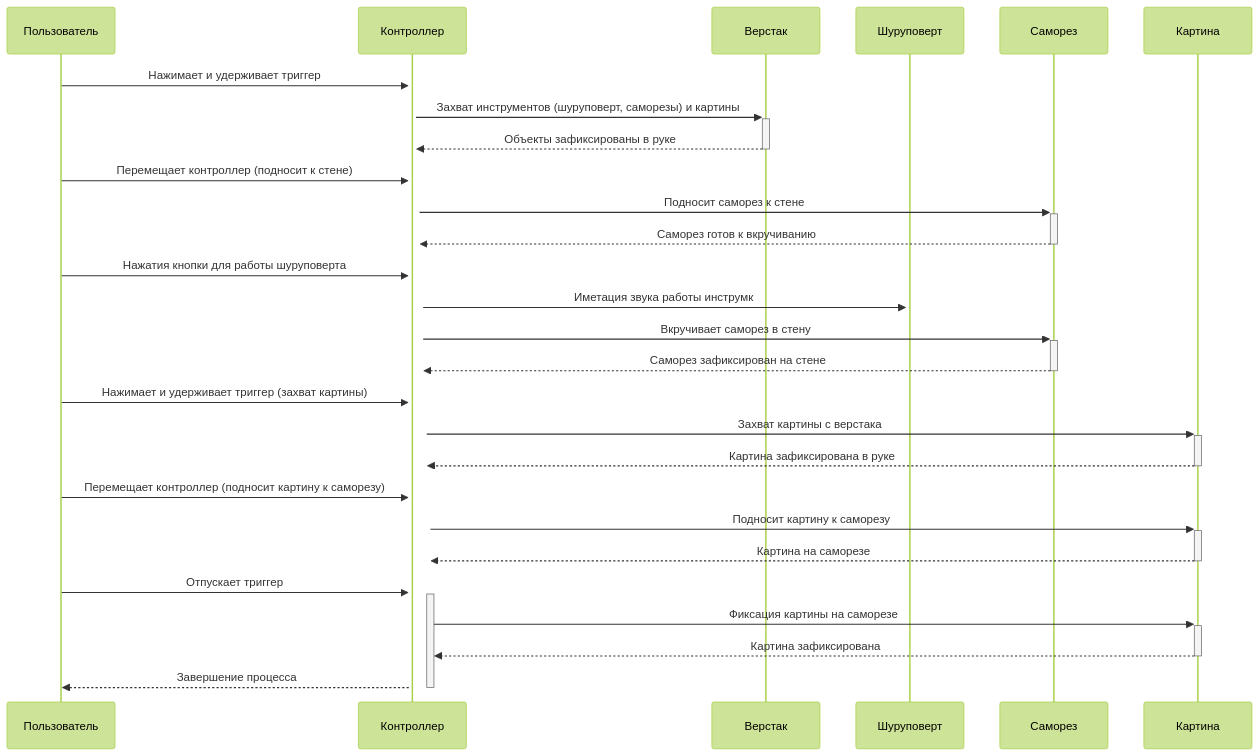
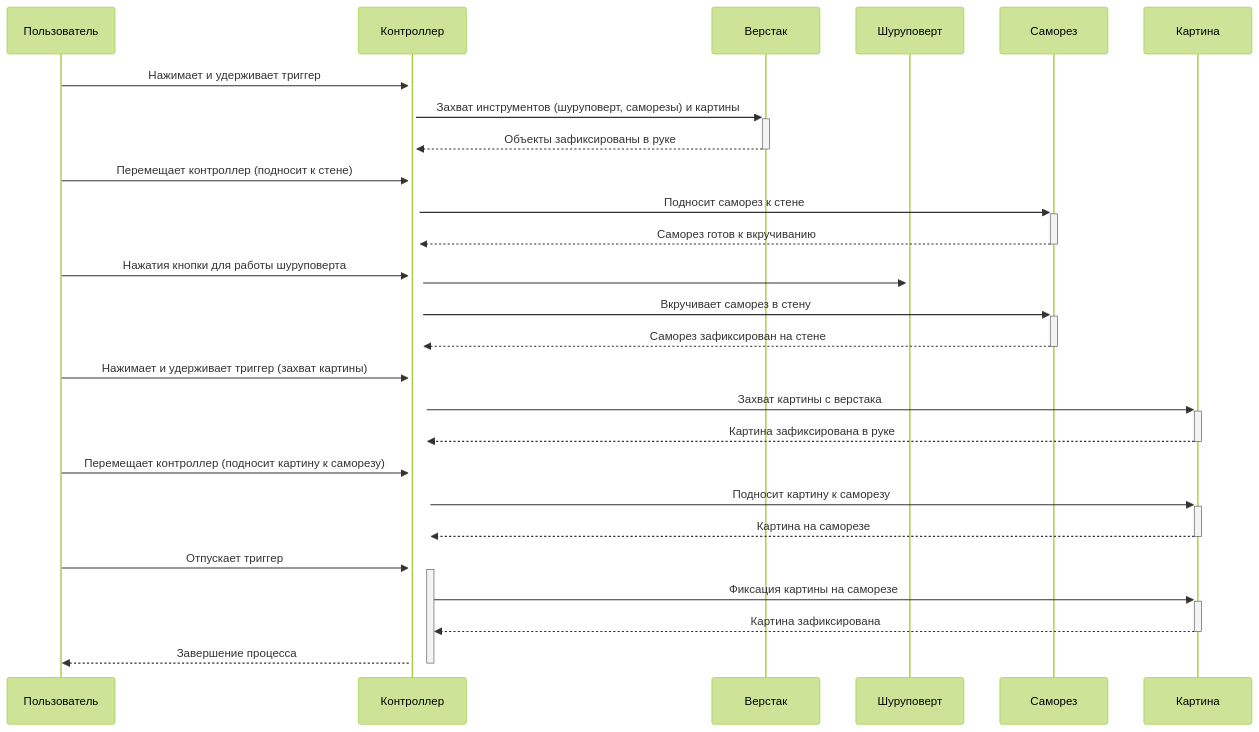
One commit to NerdyCep/iodraw-files changed the diagram in all/не называться-1.md. Above: the diagram before and after it, drawn with Mermaid (forest theme).

Commit message:
2025-02-25 18:27:23 update

````diff
--- a/all/не называться-1.md
+++ b/all/не называться-1.md
@@ -1,31 +1,31 @@
 ```mermaid
 sequenceDiagram
     participant Пользователь
     participant Контроллер
     participant Верстак
     participant Шуруповерт
     participant Саморез
     participant Картина
     
 
     Пользователь->>+Контроллер: Нажимает и удерживает триггер
     Контроллер->>+Верстак: Захват инструментов (шуруповерт, саморезы) и картины
     Верстак-->>-Контроллер: Объекты зафиксированы в руке
     Пользователь->>+Контроллер: Перемещает контроллер (подносит к стене)
     Контроллер->>+Саморез: Подносит саморез к стене
     Саморез-->>-Контроллер: Саморез готов к вкручиванию
     Пользователь->>+Контроллер: Нажатия кнопки для работы шуруповерта
-    Контроллер->>+Шуруповерт: Иметация звука работы инструмк
+    Контроллер->>+Шуруповерт: 
     Контроллер->>+Саморез: Вкручивает саморез в стену
     Саморез-->>-Контроллер: Саморез зафиксирован на стене
     Пользователь->>+Контроллер: Нажимает и удерживает триггер (захват картины)
     Контроллер->>+Картина: Захват картины с верстака
     Картина-->>-Контроллер: Картина зафиксирована в руке
     Пользователь->>+Контроллер: Перемещает контроллер (подносит картину к саморезу)
     Контроллер->>+Картина: Подносит картину к саморезу
     Картина-->>-Контроллер: Картина на саморезе
     Пользователь->>+Контроллер: Отпускает триггер
     Контроллер->>+Картина: Фиксация картины на саморезе
     Картина-->>-Контроллер: Картина зафиксирована
     Контроллер-->>-Пользователь: Завершение процесса
 ```
````
